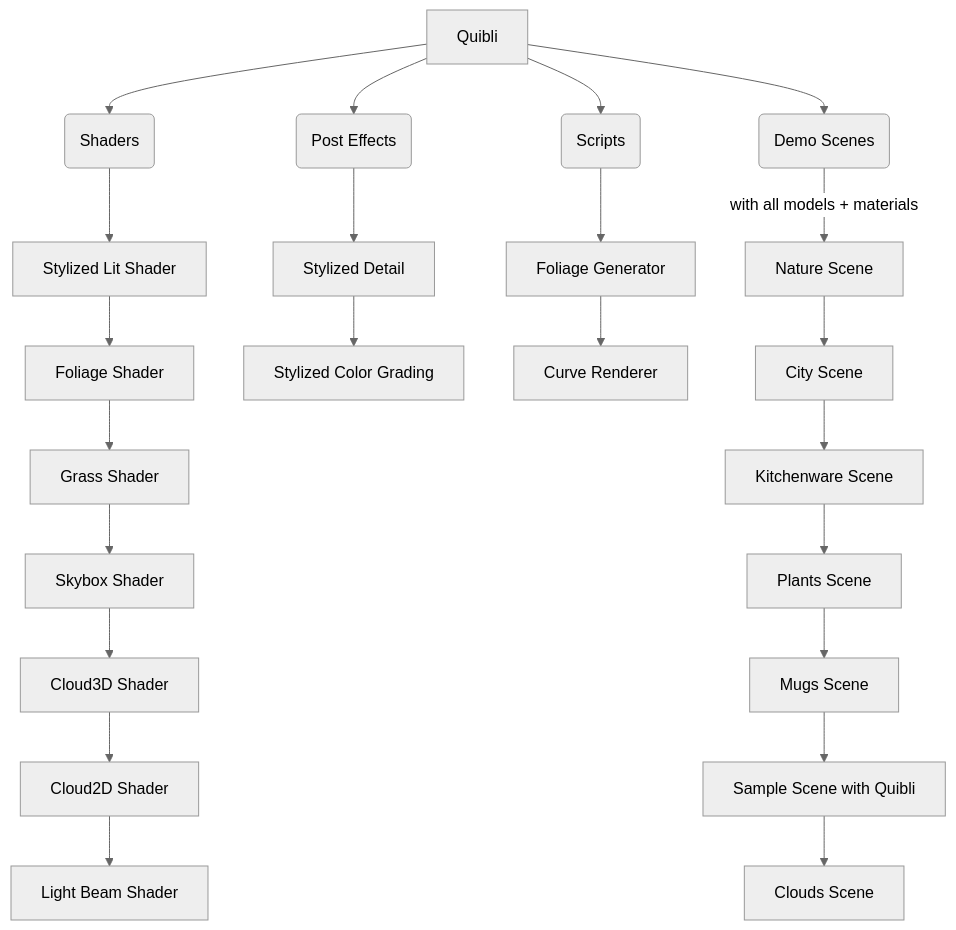
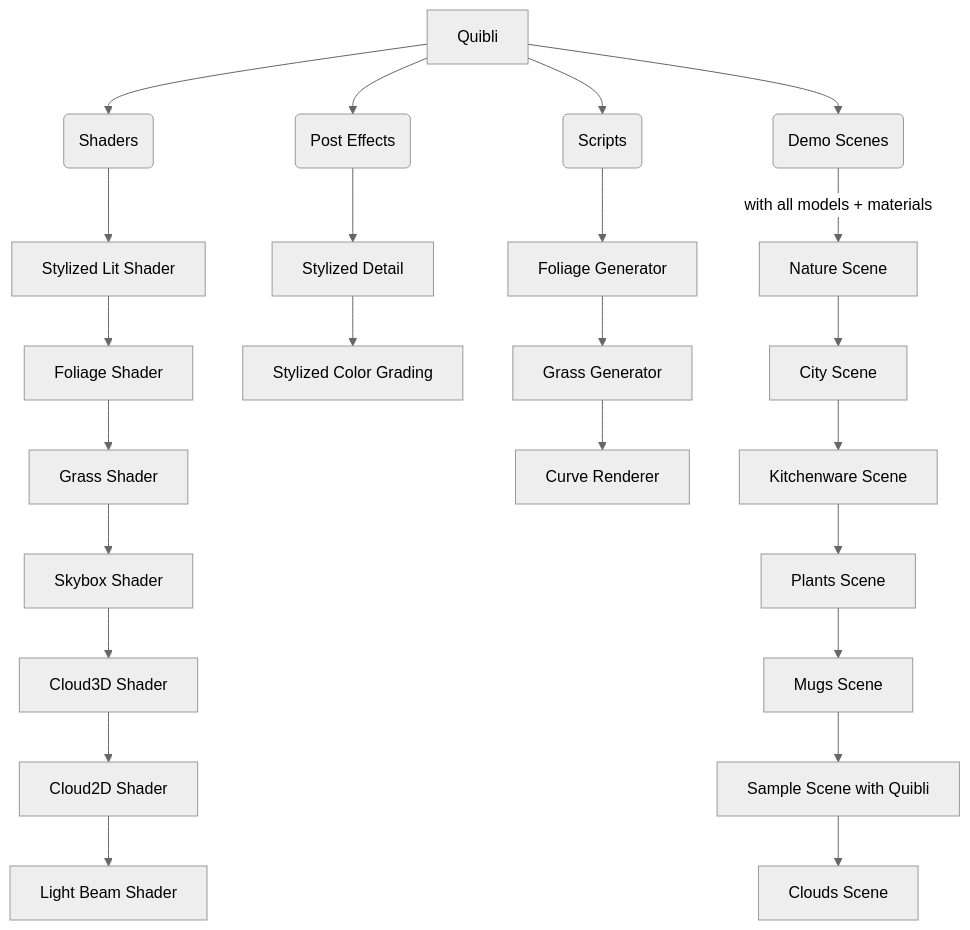
One commit to dustyroom-studio/quibli-doc changed the diagram in _docs/what-is-quibli-a-brief-overview.md. Above: the diagram before and after it, drawn with Mermaid (neutral theme). The commit also changed 6 other files, not shown here.

```diff
--- a/_docs/what-is-quibli-a-brief-overview.md
+++ b/_docs/what-is-quibli-a-brief-overview.md
@@ -34,25 +34,26 @@
 <div class="mermaid">
 graph TD
 A[Quibli] --> B(Shaders)
 A --> C(Post Effects)
 A --> D(Scripts)
 A --> E(Demo Scenes)
 B --> G[Stylized Lit Shader]
 G --> H[Foliage Shader]
 H --> I[Grass Shader]
 I --> J[Skybox Shader]
 J --> K[Cloud3D Shader]
 K --> L[Cloud2D Shader]
 L --> M[Light Beam Shader]
 C --> N[Stylized Detail]
 N --> O[Stylized Color Grading]
 D --> Q[Foliage Generator]
-Q --> R[Curve Renderer]
+Q --> R[Grass Generator]
+R --> S[Curve Renderer]
 E -->|with all models + materials| T[Nature Scene]
 T --> U[City Scene]
 U --> V[Kitchenware Scene]
 V --> W[Plants Scene]
 W --> X[Mugs Scene]
 X --> Y[Sample Scene with Quibli]
 Y --> Z[Clouds Scene]
 </div>
```
